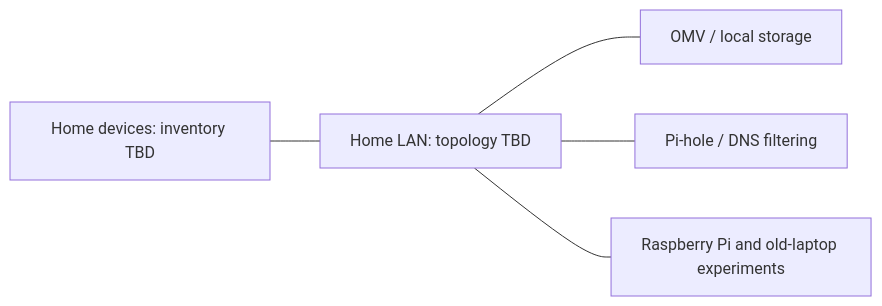
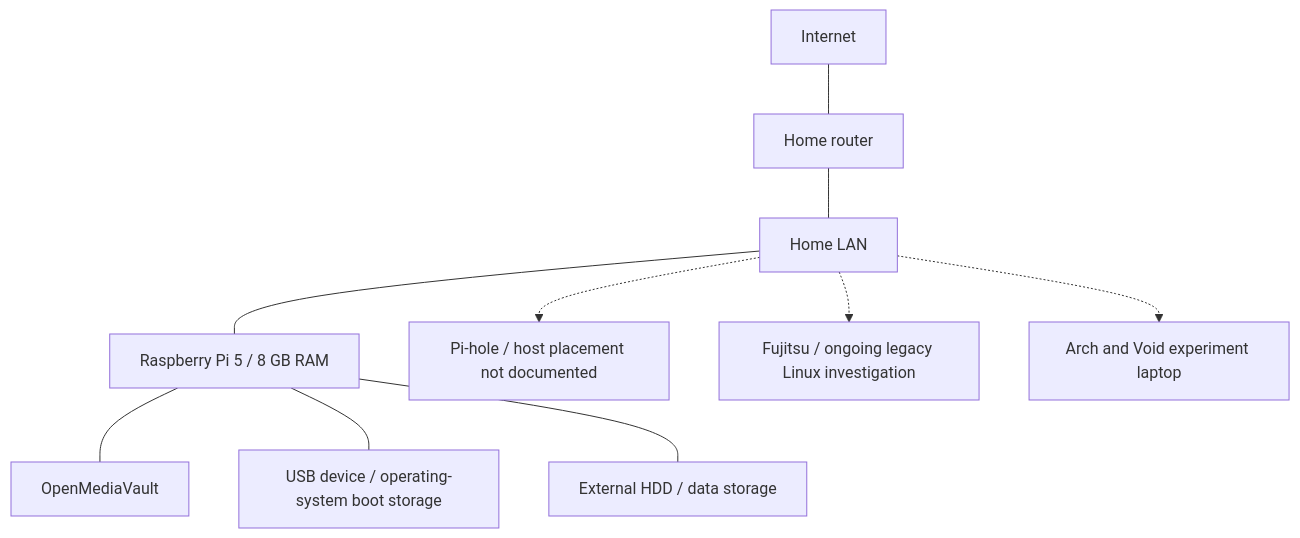
The diagram in docs/architecture.md (moldovanluca4/homelab), drawn with Mermaid before and after one commit. The commit also changed other lines of this file and 25 other files, not shown here.

````diff
--- a/docs/architecture.md
+++ b/docs/architecture.md
@@ -13,7 +11,12 @@
 ```mermaid
-flowchart LR
-    Devices["Home devices: inventory TBD"] --- Network["Home LAN: topology TBD"]
-    Network --- NAS["OMV / local storage"]
-    Network --- DNS["Pi-hole / DNS filtering"]
-    Network --- Hardware["Raspberry Pi and old-laptop experiments"]
+flowchart TB
+    Internet["Internet"] --- Router["Home router"]
+    Router --- LAN["Home LAN"]
+    LAN --- Pi["Raspberry Pi 5 / 8 GB RAM"]
+    Pi --- OMV["OpenMediaVault"]
+    Pi --- USB["USB device / operating-system boot storage"]
+    Pi --- HDD["External HDD / data storage"]
+    LAN -.-> DNS["Pi-hole / host placement not documented"]
+    LAN -.-> Fujitsu["Fujitsu / ongoing legacy Linux investigation"]
+    LAN -.-> Distro["Arch and Void experiment laptop"]
 ```
````
